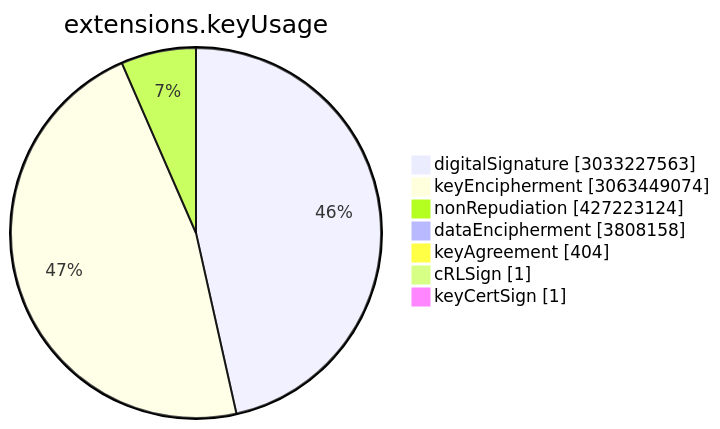
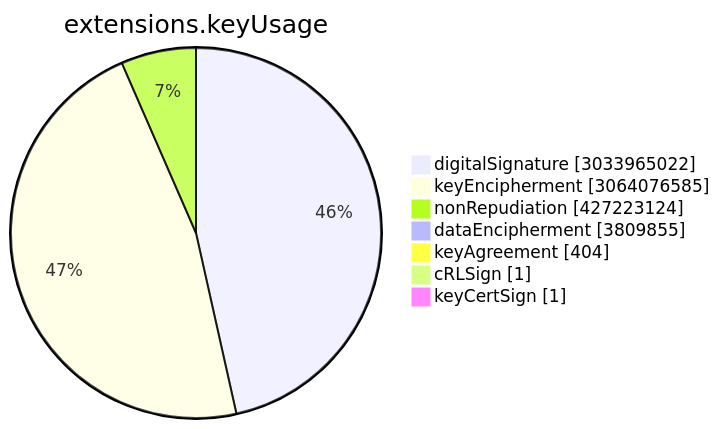
One commit to christiankrug/ctmonitor_visualization changed the sixth of 15 diagrams in TOTAL/README.md. Above: the diagram before and after it, drawn with Mermaid. The commit also changed other lines of this file, not shown here.

````diff
--- a/TOTAL/README.md
+++ b/TOTAL/README.md
@@ -3077,11 +3077,11 @@
 ```mermaid
 pie showData
 title extensions.keyUsage
-"digitalSignature" :3033227563
-"keyEncipherment" :3063449074
+"digitalSignature" :3033965022
+"keyEncipherment" :3064076585
 "nonRepudiation" :427223124
-"dataEncipherment" :3808158
+"dataEncipherment" :3809855
 "keyAgreement" :404
 "cRLSign" :1
 "keyCertSign" :1
 ```
````
